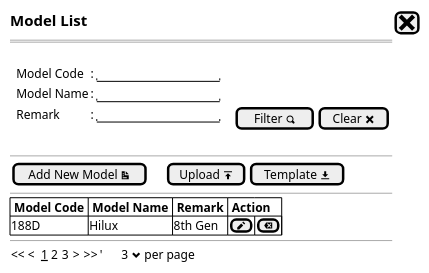
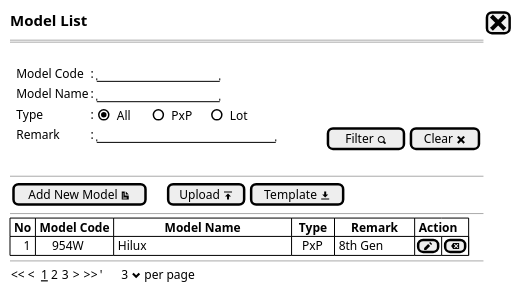
One commit to ari-fikri/packing-cost-mockup changed the diagram in Model/model - newstep0a.puml. Above: the diagram before and after it, drawn with PlantUML. The commit also changed 5 other files, not shown here.

Commit message:
- Add Type (Lot/PxP) field - Padding table fields for better and consisten view

```diff
--- a/Model/model - newstep0a.puml
+++ b/Model/model - newstep0a.puml
@@ -1,27 +1,28 @@
 @startsalt
 {
   <size:15><b>Model List |[<size:25><&x>]|*
   ==
   .
   {
-      .|Model Code        |: |"               "|*
-      .|Model Name  |: |"               "|*
-      .|Remark      |: |"               "|.|.|[Filter <&magnifying-glass>]| [Clear <&x>]|*
+    .|Model Code        |: |"               "|*
+    .|Model Name        |: |"               "|*
+    .|Type              |: {(X)All      |()PxP     |   ()Lot  }*
+    .|Remark            |: |"                      "|              |[Filter <&magnifying-glass>]| [Clear <&x>]|*
   }
   .
   --
   {
   [Add New Model <&document>]|.|.|.|[Upload <&data-transfer-upload>]| [Template <&data-transfer-download>]|* 
   }
   --
   {#
-    |<b> Model Code |<b> Model Name |<b> Remark |<b> Action |*|*|*
-    |  188D         | Hilux         | 8th Gen   |[<&pencil>]|[<&delete>]|*
+    | <b>No | <b>Model Code |                <b>Model Name                |  <b>Type  |<b>     Remark     |<b> Action |*|*|*
+    |    1  |     954W      | Hilux                                       |   PxP     | 8th Gen           |[<&pencil>]|[<&delete>]|*
   }
   --
   {
   << <  __1__ 2 3  > >>  |'      3 <&chevron-bottom> per page |*
   }
 
 }
 @endsalt
```
